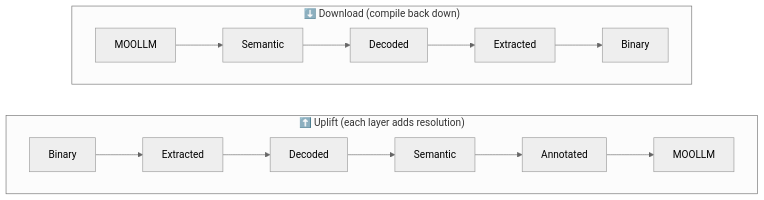
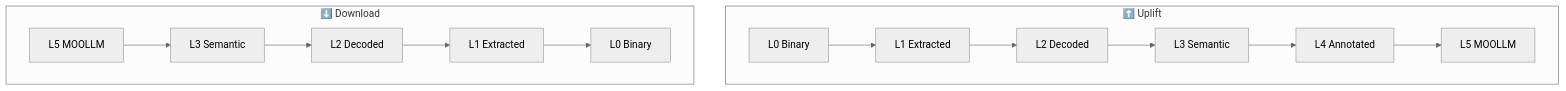
Before and after one commit to SimHacker/moollm: the second of 2 diagrams in designs/sim-obliterator/IFF-LAYERS.md, drawn with Mermaid (neutral theme). The commit also changed 2 other files, not shown here.

Commit message:
design(sim-obliterator): vertical mermaids, MOOLLM Mall, album passport, travel metaphor
All Mermaid diagrams converted to vertical (TD). Added MOOLLM Mall
(Head Shop, Rug-O-Matic, Tombstone Studio, Painting Studio, Mesh Lab,
Photo Book Press). Family Album as passport between worlds. Personalized
welcome plan from imported album backstory. MOOLLM as "another lot" in
the Sims travel pattern (Hot Date/Vacation/Superstar/Makin' Magic).

````diff
--- a/designs/sim-obliterator/IFF-LAYERS.md
+++ b/designs/sim-obliterator/IFF-LAYERS.md
@@ -215,12 +215,17 @@
 ```mermaid
-flowchart LR
-    subgraph uplift["⬆️ Uplift (each layer adds resolution)"]
-        direction LR
-        U0["Binary"] --> U1["Extracted"] --> U2["Decoded"] --> U3["Semantic"] --> U4["Annotated"] --> U5["MOOLLM"]
+flowchart TD
+    subgraph uplift["⬆️ Uplift"]
+        U0["L0 Binary"] --> U1["L1 Extracted"]
+        U1 --> U2["L2 Decoded"]
+        U2 --> U3["L3 Semantic"]
+        U3 --> U4["L4 Annotated"]
+        U4 --> U5["L5 MOOLLM"]
     end
 
-    subgraph download["⬇️ Download (compile back down)"]
-        direction LR
-        D5["MOOLLM"] --> D3["Semantic"] --> D2["Decoded"] --> D1["Extracted"] --> D0["Binary"]
+    subgraph download["⬇️ Download"]
+        D5["L5 MOOLLM"] --> D3["L3 Semantic"]
+        D3 --> D2["L2 Decoded"]
+        D2 --> D1["L1 Extracted"]
+        D1 --> D0["L0 Binary"]
     end
 ```
````
